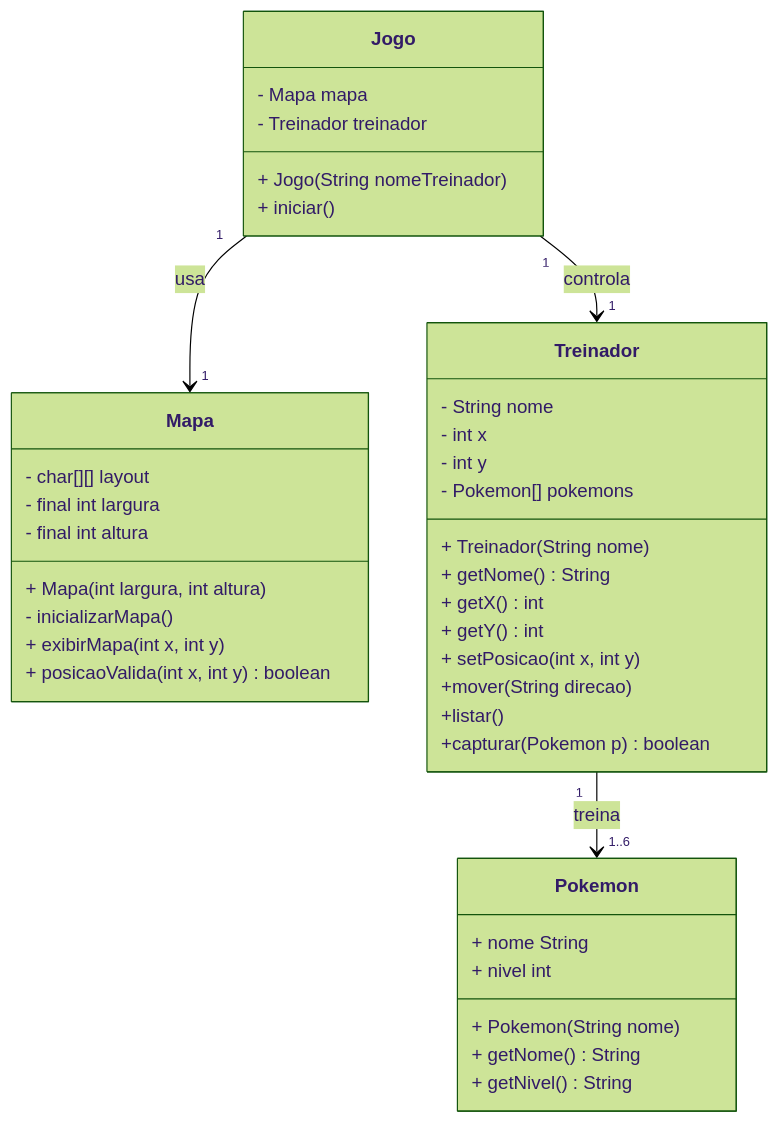
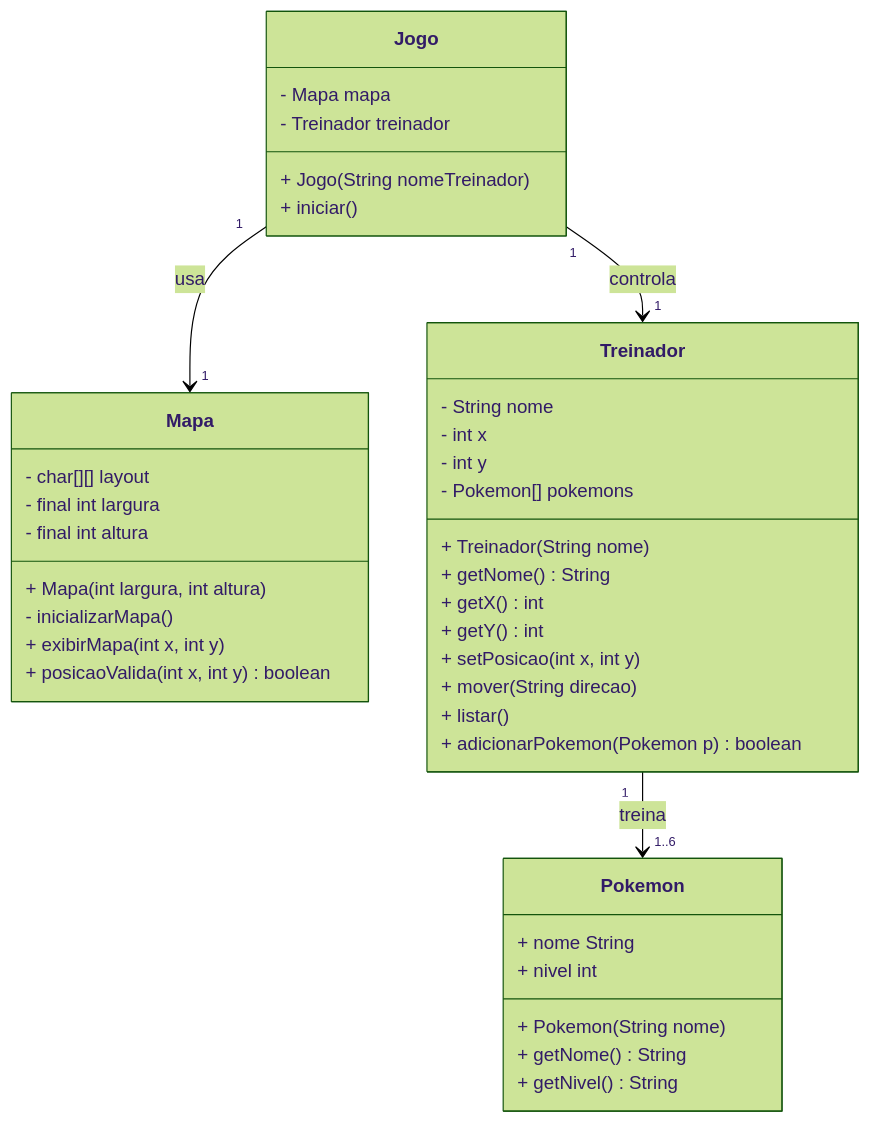
One commit to profBruno-UFC-Qx/oriented-object-programming changed the diagram in _praticas/pp02.md. Above: the diagram before and after it, drawn with Mermaid (forest theme). The commit also changed 2 other files, not shown here.

Commit message:
Corrigindo detalhesdo slide 01

```diff
--- a/_praticas/pp02.md
+++ b/_praticas/pp02.md
@@ -20,49 +20,49 @@
 <pre class="mermaid">
 
 classDiagram
     class Mapa {
         - char[][] layout
         - final int largura
         - final int altura
         + Mapa(int largura, int altura)
         - inicializarMapa()
         + exibirMapa(int x, int y)
         + posicaoValida(int x, int y) boolean
     }
 
     class Treinador {
         - String nome
         - int x
         - int y
         - Pokemon[] pokemons
         + Treinador(String nome)
         + getNome() String
         + getX() int
         + getY() int
         + setPosicao(int x, int y)
-		+mover(String direcao)
-		+listar()
-		+capturar(Pokemon p) boolean
+		+ mover(String direcao)
+		+ listar()
+		+ adicionarPokemon(Pokemon p) boolean
 
     }
 
     class Jogo {
         - Mapa mapa
         - Treinador treinador
         + Jogo(String nomeTreinador)
         + iniciar()
     }
     
     class Pokemon {
         + nome String
         + nivel int
         + Pokemon(String nome)
         + getNome() String
         + getNivel() String
     }
 
     %% Relações
     Jogo "1" --> "1" Mapa : usa
     Jogo "1" --> "1" Treinador : controla
     Treinador "1" --> "1..6" Pokemon: treina
 </pre>    
```
